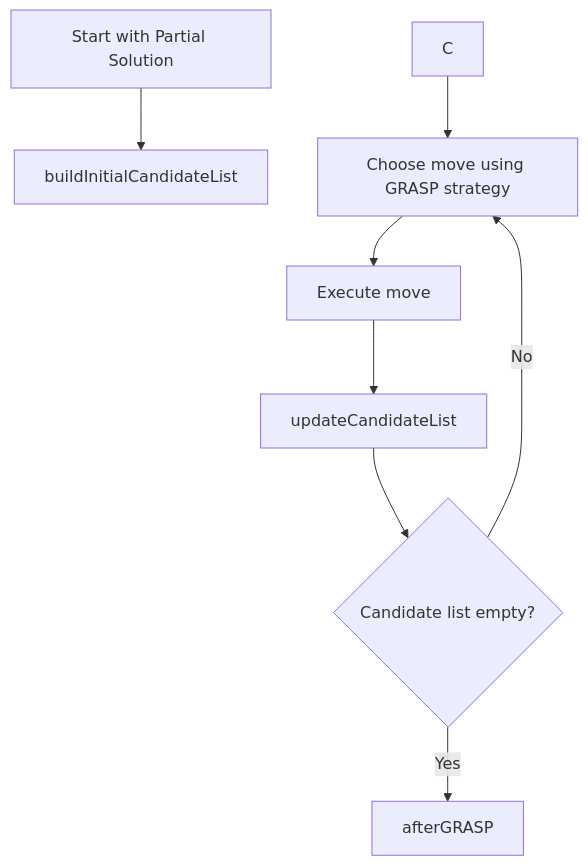
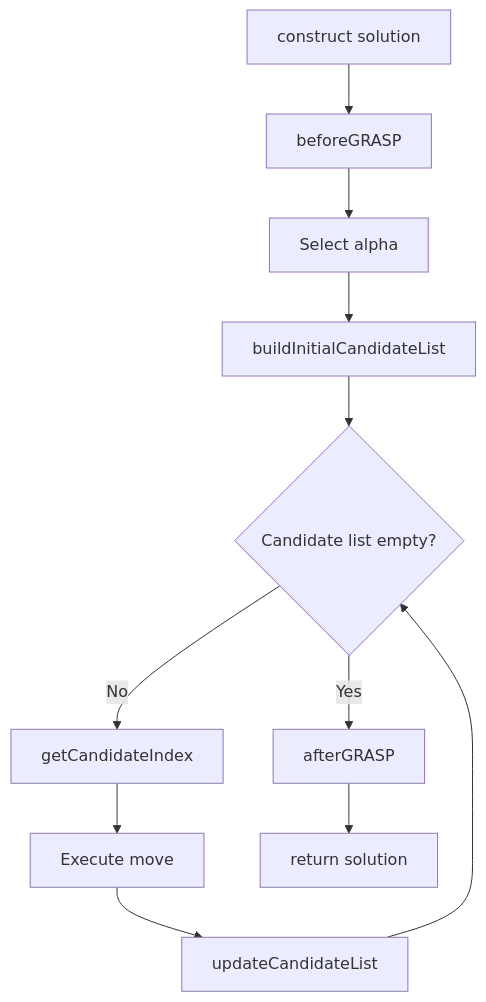
The diagram in docs/concepts/algorithm-components/constructors/grasp.md (mork-optimization/mork), drawn with Mermaid before and after one commit. The commit also changed 6 other files, not shown here.

````diff
--- a/docs/concepts/algorithm-components/constructors/grasp.md
+++ b/docs/concepts/algorithm-components/constructors/grasp.md
@@ -7,10 +7,13 @@
 ```mermaid
 graph TD
-    A[Start with Partial Solution] --> B[buildInitialCandidateList]
-    C --> D[Choose move using GRASP strategy]
-    D --> E[Execute move]
-    E --> F[updateCandidateList]
-    F --> G{Candidate list empty?}
-    G -->|No| D
-    G -->|Yes| H[afterGRASP]
+    A[construct solution] --> B[beforeGRASP]
+    B --> C[Select alpha]
+    C --> D[buildInitialCandidateList]
+    D --> E{Candidate list empty?}
+    E -->|No| F[getCandidateIndex]
+    F --> H[Execute move]
+    H --> I[updateCandidateList]
+    I --> E
+    E -->|Yes| J[afterGRASP]
+    J --> K[return solution]
 ```
````
